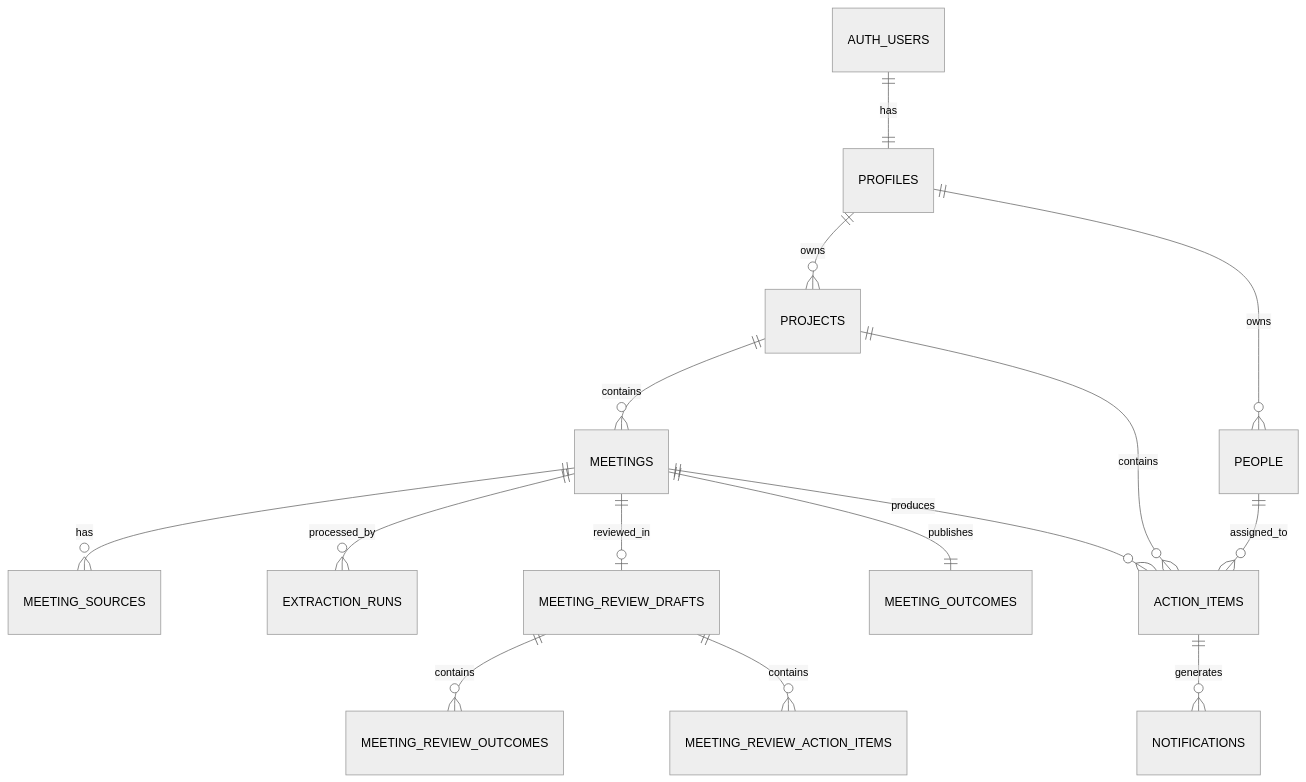
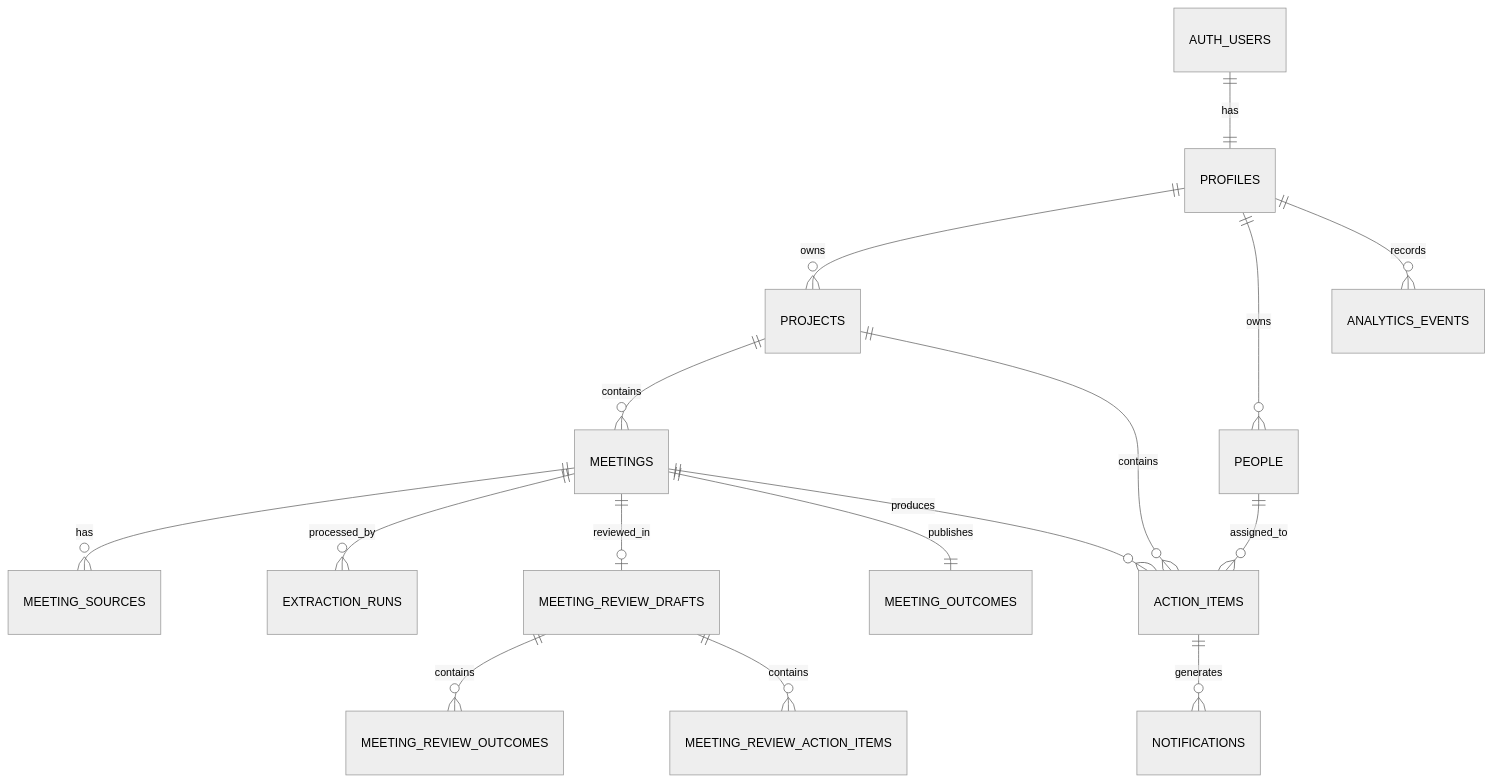
The diagram in docs/DATABASE_SCHEMA.md (keisharyaa/smart-meeting-workspace), drawn with Mermaid (neutral theme) before and after one commit. The commit also changed other lines of this file and 8 other files, not shown here.

````diff
--- a/docs/DATABASE_SCHEMA.md
+++ b/docs/DATABASE_SCHEMA.md
@@ -5,17 +5,18 @@
 ```mermaid
 erDiagram
     AUTH_USERS ||--|| PROFILES : has
     PROFILES ||--o{ PROJECTS : owns
     PROFILES ||--o{ PEOPLE : owns
     PROJECTS ||--o{ MEETINGS : contains
     MEETINGS ||--o{ MEETING_SOURCES : has
     MEETINGS ||--o{ EXTRACTION_RUNS : processed_by
     MEETINGS ||--o| MEETING_REVIEW_DRAFTS : reviewed_in
     MEETING_REVIEW_DRAFTS ||--o{ MEETING_REVIEW_OUTCOMES : contains
     MEETING_REVIEW_DRAFTS ||--o{ MEETING_REVIEW_ACTION_ITEMS : contains
     MEETINGS ||--|| MEETING_OUTCOMES : publishes
     PROJECTS ||--o{ ACTION_ITEMS : contains
     MEETINGS ||--o{ ACTION_ITEMS : produces
     PEOPLE ||--o{ ACTION_ITEMS : assigned_to
     ACTION_ITEMS ||--o{ NOTIFICATIONS : generates
+    PROFILES ||--o{ ANALYTICS_EVENTS : records
 ```
````
